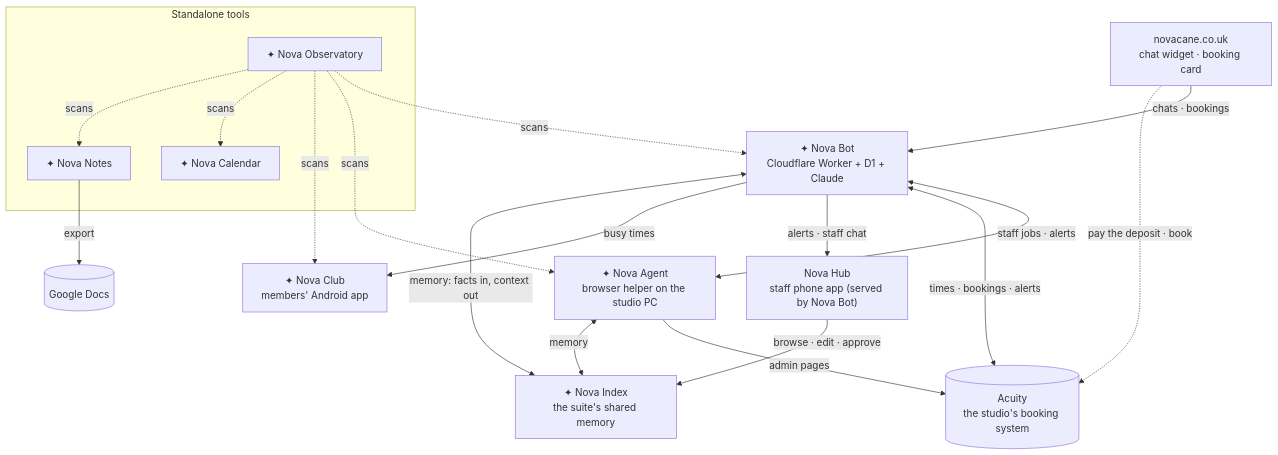
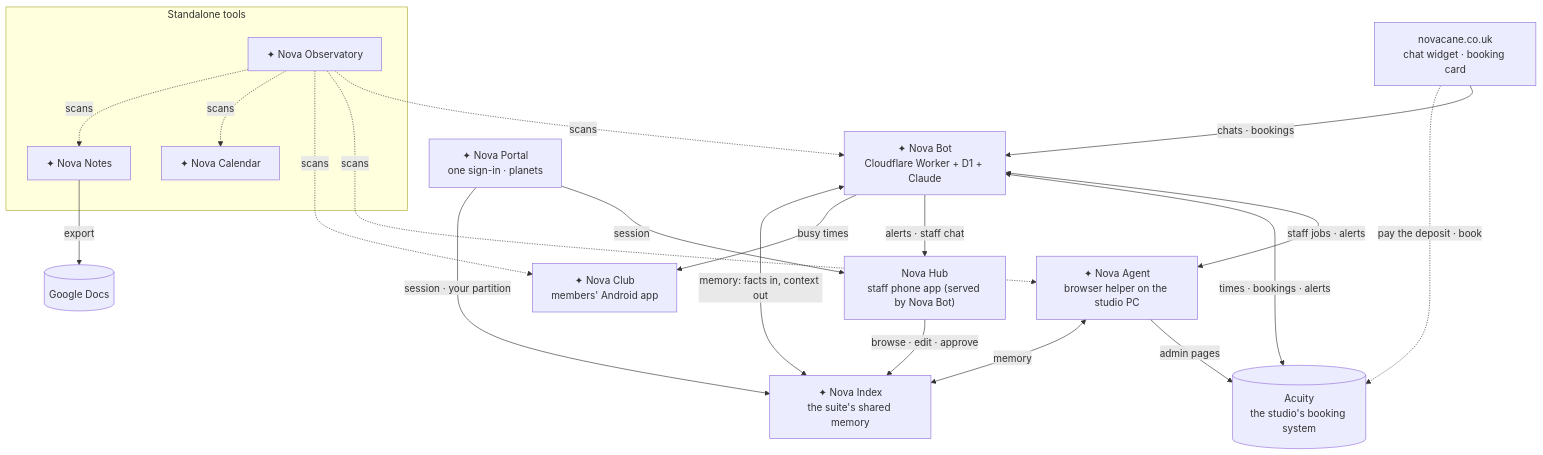
The diagram in README.md (tuniveza/nova-suite), drawn with Mermaid before and after one commit. The commit also changed other lines of this file and 1 other file, not shown here.

First line of the commit message:
Nova Portal joins the suite; every project's fresh README

````diff
--- a/README.md
+++ b/README.md
@@ -99,21 +108,23 @@
 ```mermaid
 flowchart TB
   site["novacane.co.uk<br/>chat widget · booking card"] -->|chats · bookings| bot
   bot["✦ Nova Bot<br/>Cloudflare Worker + D1 + Claude"]
   bot <-->|staff jobs · alerts| agent["✦ Nova Agent<br/>browser helper on the studio PC"]
   agent -->|admin pages| acuity[("Acuity<br/>the studio's booking system")]
   site -.->|pay the deposit · book| acuity
   bot <-->|times · bookings · alerts| acuity
   bot -->|alerts · staff chat| hub["Nova Hub<br/>staff phone app (served by Nova Bot)"]
   bot -->|busy times| club["✦ Nova Club<br/>members' Android app"]
   bot <-->|memory: facts in, context out| index["✦ Nova Index<br/>the suite's shared memory"]
   agent <-->|memory| index
   hub -->|browse · edit · approve| index
+  portal["✦ Nova Portal<br/>one sign-in · planets"] -->|session| hub
+  portal -->|session · your partition| index
   subgraph tools["Standalone tools"]
     task["✦ Nova Calendar"]
     notes["✦ Nova Notes"]
     obs["✦ Nova Observatory"]
   end
   notes -->|export| gdocs[("Google Docs")]
   obs -.->|scans| bot & agent & club & task & notes
 ```
````
